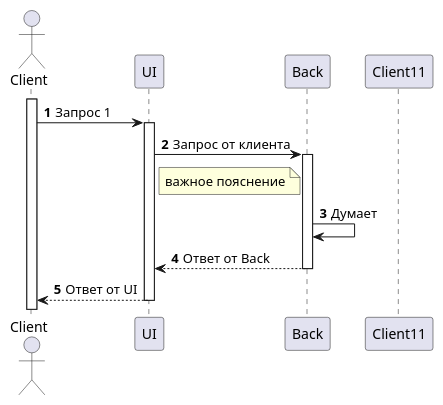
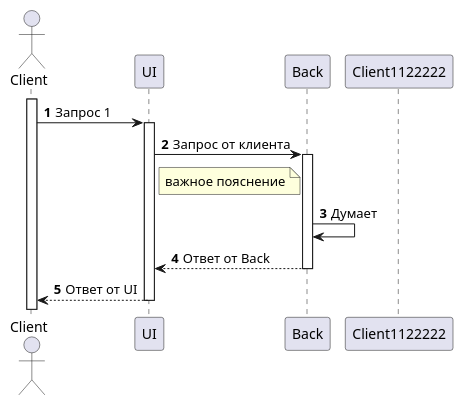
One commit to cadet155i/umldiagramm changed the diagram in test.plantuml. Above: the diagram before and after it, drawn with PlantUML.

Commit message:
new commit

```diff
--- a/test.plantuml
+++ b/test.plantuml
@@ -1,27 +1,27 @@
 @startuml test_name
     autonumber
 
     actor Client
     
     participant UI
     participant Back
 
     activate Client
       Client -> UI: Запрос 1
 
     activate UI
       UI -> Back: Запрос от клиента
 
     activate Back
     
       note right of UI: важное пояснение
       
       Back -> Back: Думает
       UI <-- Back: Ответ от Back
 
     deactivate Back
       Client <-- UI: Ответ от UI
 
     deactivate UI
-    deactivate Client11
+    deactivate Client1122222
 @enduml
```
